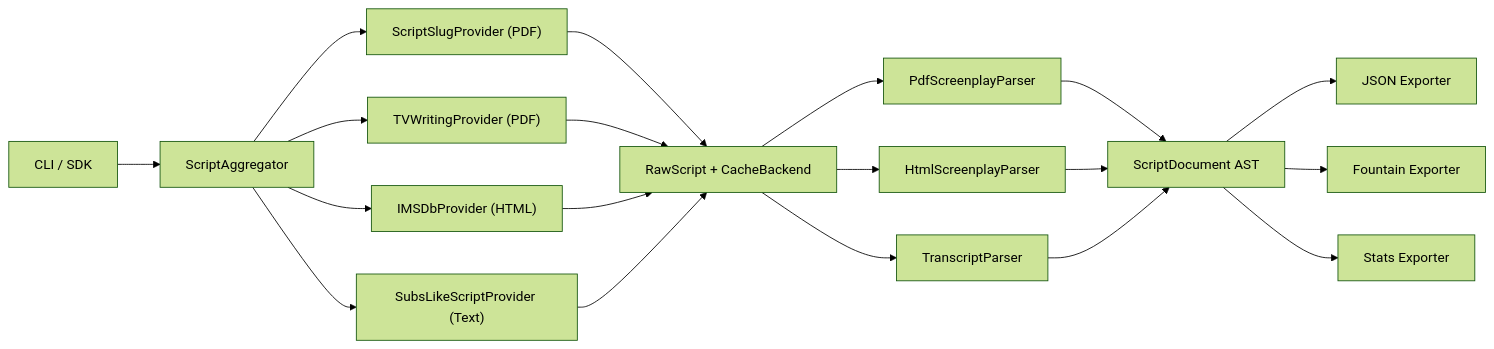
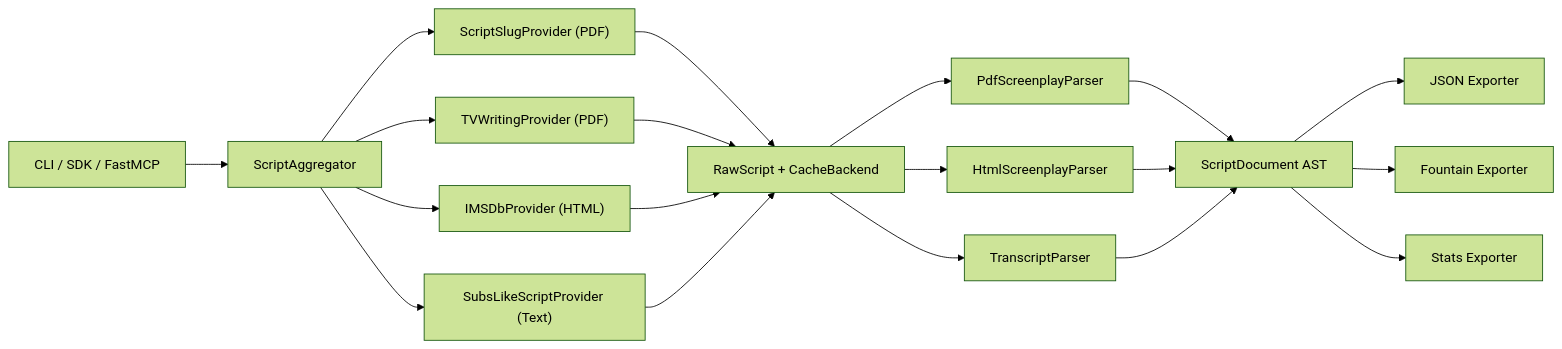
One commit to AtaCanYmc/rtfs changed the diagram in README.md. Above: the diagram before and after it, drawn with Mermaid (forest theme). The commit also changed other lines of this file and 9 other files, not shown here.

Commit message:
feat(mcp): add FastMCP server implementation with screenplay tools and CLI command

````diff
--- a/README.md
+++ b/README.md
@@ -53,16 +54,16 @@
 ```mermaid
 flowchart LR
-    CLI["CLI / SDK"] --> AGG["ScriptAggregator"]
+    CLI["CLI / SDK / FastMCP"] --> AGG["ScriptAggregator"]
     AGG --> P1["ScriptSlugProvider (PDF)"]
     AGG --> P2["TVWritingProvider (PDF)"]
     AGG --> P3["IMSDbProvider (HTML)"]
     AGG --> P4["SubsLikeScriptProvider (Text)"]
     P1 & P2 & P3 & P4 --> RAW["RawScript + CacheBackend"]
     RAW --> PDF["PdfScreenplayParser"]
     RAW --> HTML["HtmlScreenplayParser"]
     RAW --> TXT["TranscriptParser"]
     PDF & HTML & TXT --> AST["ScriptDocument AST"]
     AST --> EXP1["JSON Exporter"]
     AST --> EXP2["Fountain Exporter"]
     AST --> EXP3["Stats Exporter"]
 ```
````
